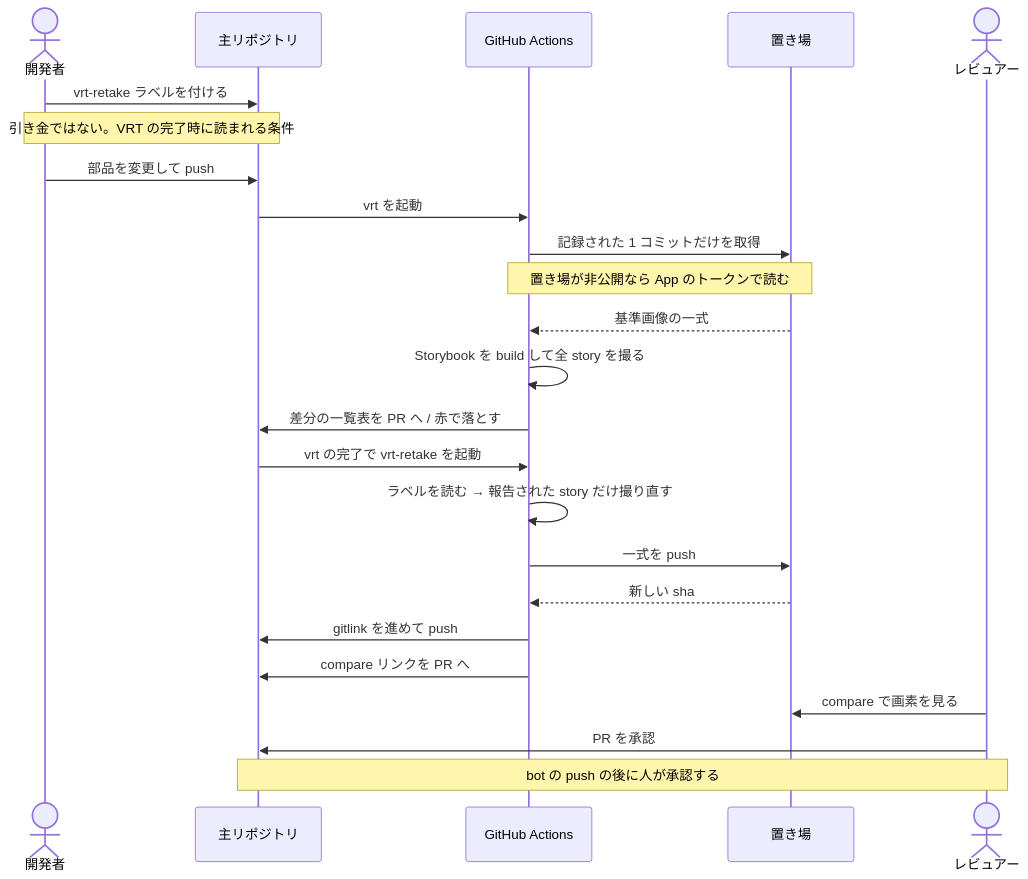
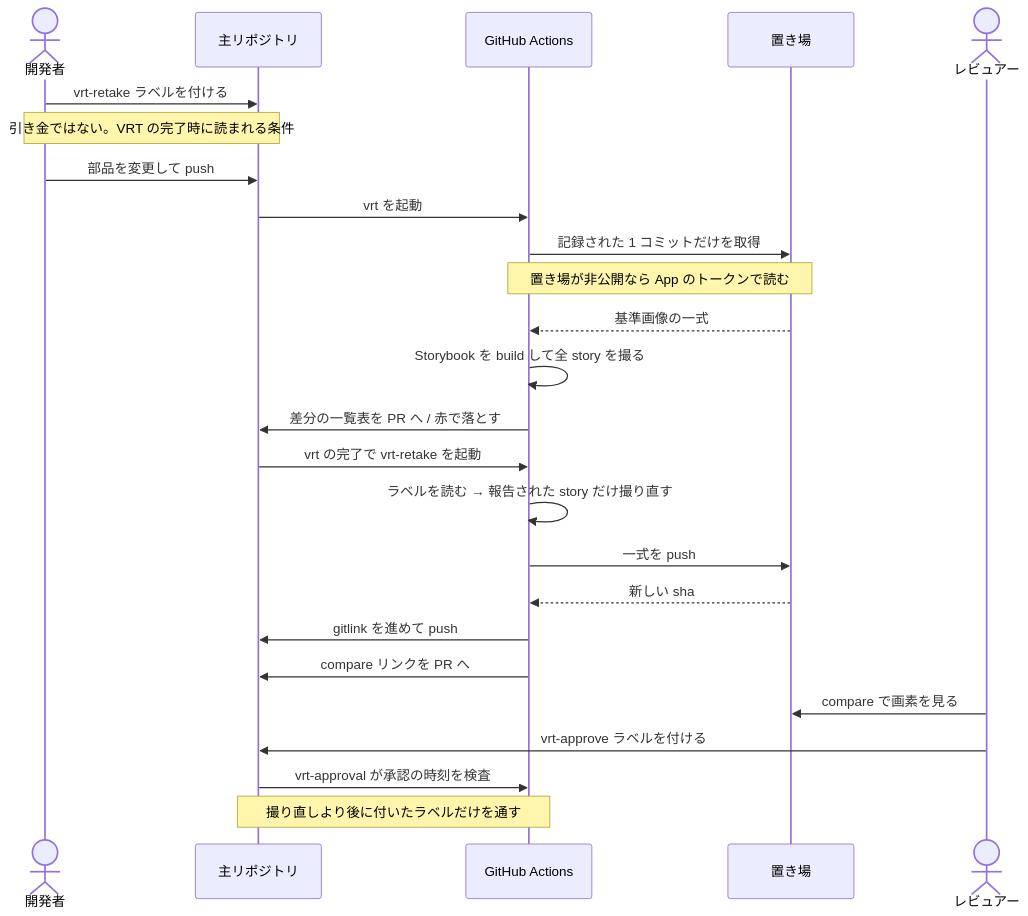
One commit to Tomy-ch/nextjs-boilerplate changed the second of 2 diagrams in docs/design/vrt.md. Above: the diagram before and after it, drawn with Mermaid. The commit also changed other lines of this file and 6 other files, not shown here.

First line of the commit message:
CI: 見た目の承認を vrt-approve ラベルで要求する

````diff
--- a/docs/design/vrt.md
+++ b/docs/design/vrt.md
@@ -63,30 +63,31 @@
 ```mermaid
 sequenceDiagram
     actor dev as 開発者
     participant main as 主リポジトリ
     participant gha as GitHub Actions
     participant store as 置き場
     actor rev as レビュアー
 
     dev->>main: vrt-retake ラベルを付ける
     Note over dev,main: 引き金ではない。VRT の完了時に読まれる条件
 
     dev->>main: 部品を変更して push
     main->>gha: vrt を起動
     gha->>store: 記録された 1 コミットだけを取得
     Note over gha,store: 置き場が非公開なら App のトークンで読む
     store-->>gha: 基準画像の一式
     gha->>gha: Storybook を build して全 story を撮る
     gha->>main: 差分の一覧表を PR へ / 赤で落とす
 
     main->>gha: vrt の完了で vrt-retake を起動
     gha->>gha: ラベルを読む → 報告された story だけ撮り直す
     gha->>store: 一式を push
     store-->>gha: 新しい sha
     gha->>main: gitlink を進めて push
     gha->>main: compare リンクを PR へ
 
     rev->>store: compare で画素を見る
-    rev->>main: PR を承認
-    Note over main,rev: bot の push の後に人が承認する
+    rev->>main: vrt-approve ラベルを付ける
+    main->>gha: vrt-approval が承認の時刻を検査
+    Note over main,gha: 撮り直しより後に付いたラベルだけを通す
 ```
````
